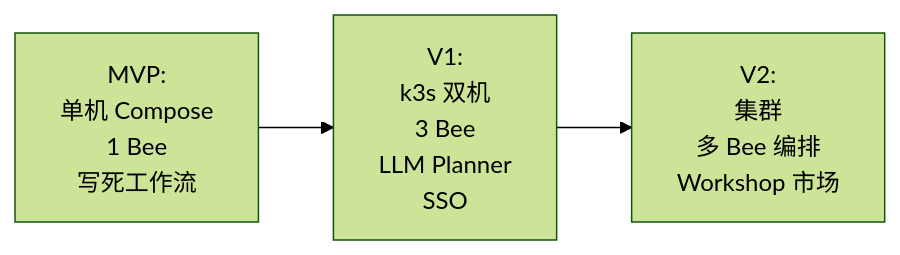
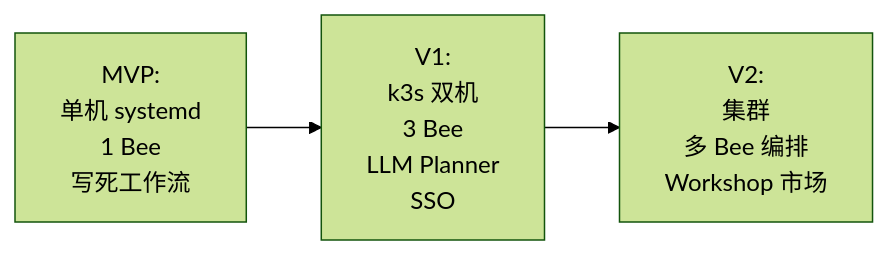
Before and after one commit to chehuizi/beeOS: the ninth of 9 diagrams in docs/architecture/tech-architecture.md, drawn with Mermaid (forest theme). The commit also changed other lines of this file and 4 other files, not shown here.

````diff
--- a/docs/architecture/tech-architecture.md
+++ b/docs/architecture/tech-architecture.md
@@ -675,5 +675,5 @@
 ```mermaid
 graph LR
-    MVP[MVP:<br/>单机 Compose<br/>1 Bee<br/>写死工作流] --> V1[V1:<br/>k3s 双机<br/>3 Bee<br/>LLM Planner<br/>SSO]
+    MVP[MVP:<br/>单机 systemd<br/>1 Bee<br/>写死工作流] --> V1[V1:<br/>k3s 双机<br/>3 Bee<br/>LLM Planner<br/>SSO]
     V1 --> V2[V2:<br/>集群<br/>多 Bee 编排<br/>Workshop 市场]
 ```
````
